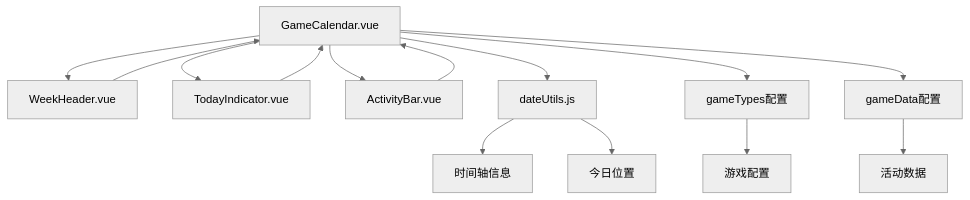
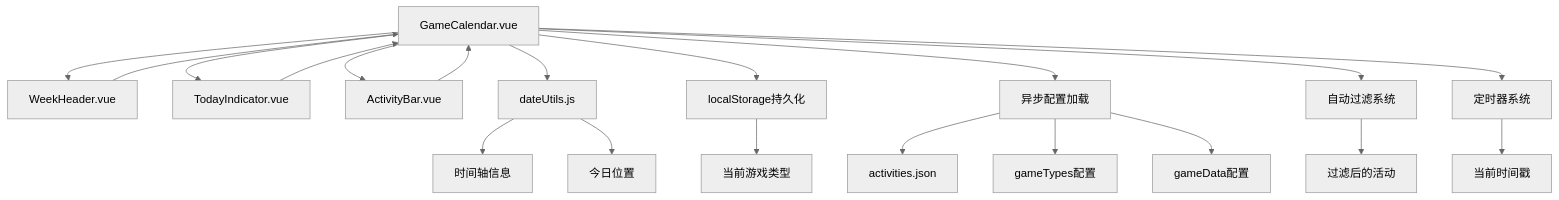
The ninth of 10 diagrams in .qoder/repowiki/zh/content/核心组件/GameCalendar 主容器组件.md (xuanyulingnfeg/gameCalendar), drawn with Mermaid (neutral theme) before and after one commit. The commit also changed other lines of this file and 7 other files, not shown here.

````diff
--- a/.qoder/repowiki/zh/content/核心组件/GameCalendar 主容器组件.md
+++ b/.qoder/repowiki/zh/content/核心组件/GameCalendar 主容器组件.md
@@ -392,16 +449,22 @@
 ```mermaid
 graph TD
 GameCalendar[GameCalendar.vue] --> WeekHeader[WeekHeader.vue]
 GameCalendar --> TodayIndicator[TodayIndicator.vue]
 GameCalendar --> ActivityBar[ActivityBar.vue]
 GameCalendar --> DateUtils[dateUtils.js]
-GameCalendar --> GameTypes[gameTypes配置]
-GameCalendar --> GameData[gameData配置]
+GameCalendar --> LocalStorage[localStorage持久化]
+GameCalendar --> AsyncLoader[异步配置加载]
+GameCalendar --> AutoFilter[自动过滤系统]
+GameCalendar --> Timer[定时器系统]
 ActivityBar --> GameCalendar
 WeekHeader --> GameCalendar
 TodayIndicator --> GameCalendar
 DateUtils --> TimelineInfo[时间轴信息]
 DateUtils --> TodayPosition[今日位置]
-GameTypes --> GameConfig[游戏配置]
-GameData --> ActivityData[活动数据]
+LocalStorage --> CurrentGameType[当前游戏类型]
+AsyncLoader --> ActivitiesConfig[activities.json]
+AsyncLoader --> GameTypesConfig[gameTypes配置]
+AsyncLoader --> GameDataConfig[gameData配置]
+Timer --> NowTimestamp[当前时间戳]
+AutoFilter --> FilteredActivities[过滤后的活动]
 ```
````
